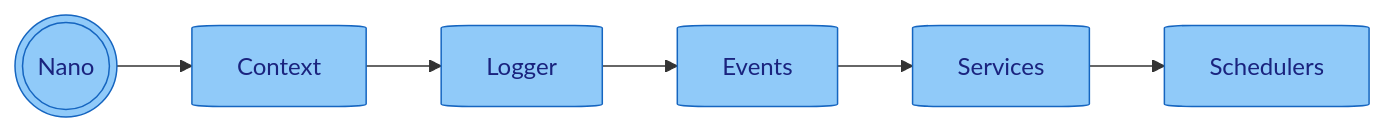
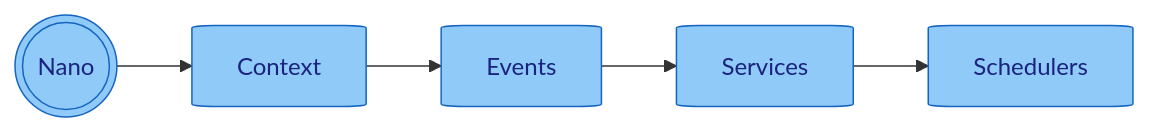
One commit to NanoNative/nano changed the diagram in README.md. Above: the diagram before and after it, drawn with Mermaid. The commit also changed other lines of this file and 54 other files, not shown here.

````diff
--- a/README.md
+++ b/README.md
@@ -53,15 +52,13 @@
 ```mermaid
 flowchart LR
     nano(((Nano))) --> context[Context]
-    context --> logger[Logger]
-    logger --> events[Events]
+    context --> events[Events]
     events --> services[Services]
     services --> schedulers[Schedulers]
     
     style nano fill:#90CAF9,stroke:#1565C0,stroke-width:1px,color:#1A237E,rx:2%,ry:2%
     style context fill:#90CAF9,stroke:#1565C0,stroke-width:1px,color:#1A237E,rx:2%,ry:2%
-    style logger fill:#90CAF9,stroke:#1565C0,stroke-width:1px,color:#1A237E,rx:2%,ry:2%
     style events fill:#90CAF9,stroke:#1565C0,stroke-width:1px,color:#1A237E,rx:2%,ry:2%
     style services fill:#90CAF9,stroke:#1565C0,stroke-width:1px,color:#1A237E,rx:2%,ry:2%
     style schedulers fill:#90CAF9,stroke:#1565C0,stroke-width:1px,color:#1A237E,rx:2%,ry:2%
 ```
````
